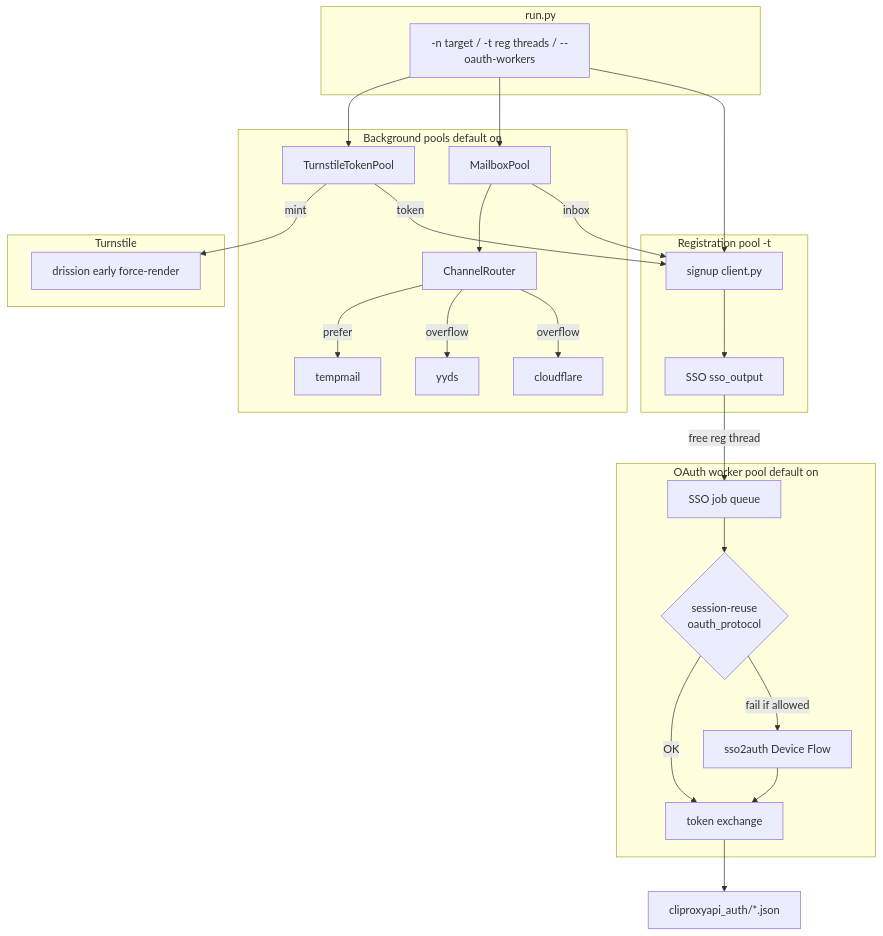
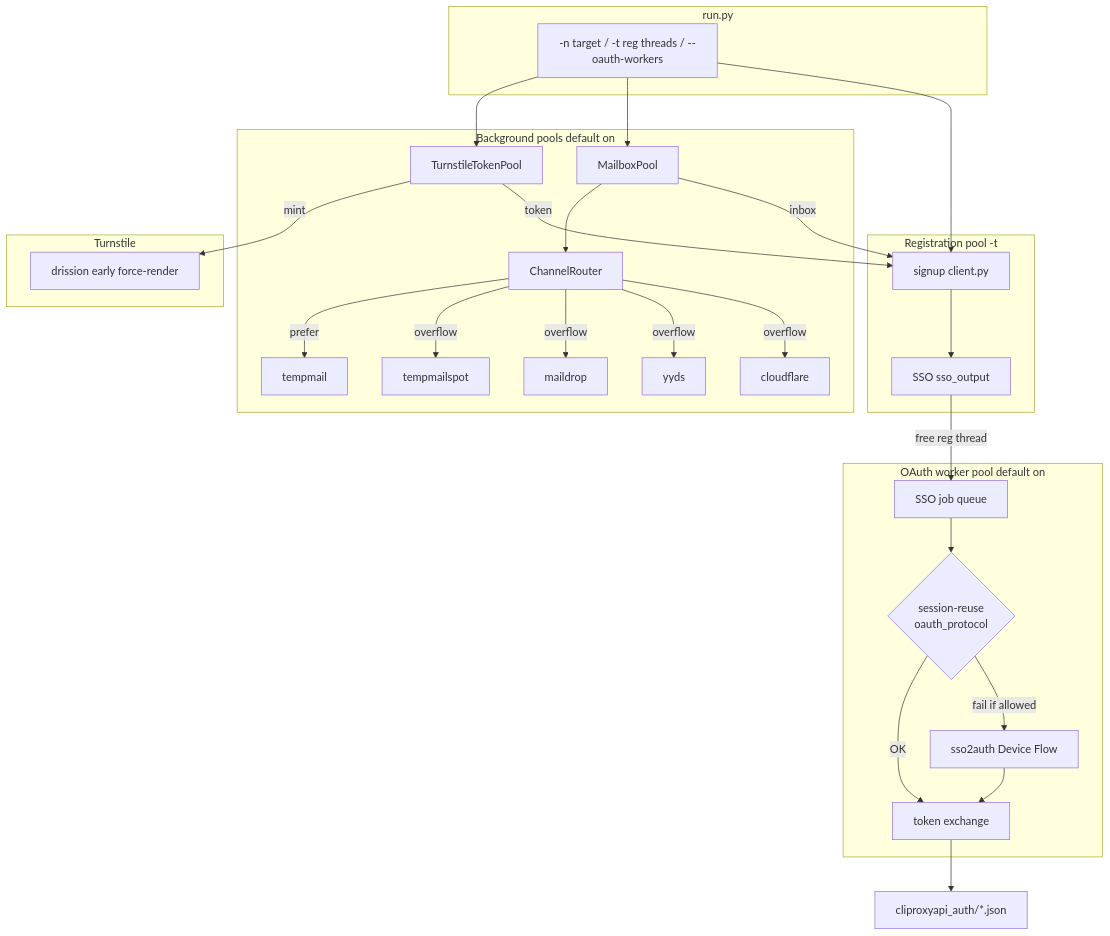
The diagram in README.en.md (starlight02/grok-build-auth), drawn with Mermaid before and after one commit. The commit also changed other lines of this file and 7 other files, not shown here.

Commit message:
feat(mail): add tempmailspot and maildrop channels with proxy hardening

````diff
--- a/README.en.md
+++ b/README.en.md
@@ -73,46 +73,48 @@
 ```mermaid
 flowchart TB
     subgraph entry [run.py]
       A["-n target / -t reg threads / --oauth-workers"]
     end
 
     subgraph pools [Background pools default on]
       TP[TurnstileTokenPool]
       MP[MailboxPool]
       R[ChannelRouter]
       MP --> R
       R -->|prefer| TM[tempmail]
+      R -->|overflow| TS[tempmailspot]
+      R -->|overflow| MD[maildrop]
       R -->|overflow| YY[yyds]
       R -->|overflow| CF[cloudflare]
     end
 
     subgraph reg [Registration pool -t]
       B[signup client.py]
       C[SSO sso_output]
     end
 
     subgraph oauthp [OAuth worker pool default on]
       Q[SSO job queue]
       D{session-reuse<br/>oauth_protocol}
       F[sso2auth Device Flow]
       E[token exchange]
     end
 
     subgraph browser [Turnstile]
       S[drission early force-render]
     end
 
     A --> TP
     A --> MP
     TP -->|mint| S
     A --> B
     TP -->|token| B
     MP -->|inbox| B
     B --> C
     C -->|free reg thread| Q
     Q --> D
     D -->|OK| E
     D -->|fail if allowed| F
     F --> E
     E --> G[cliproxyapi_auth/*.json]
 ```
````
